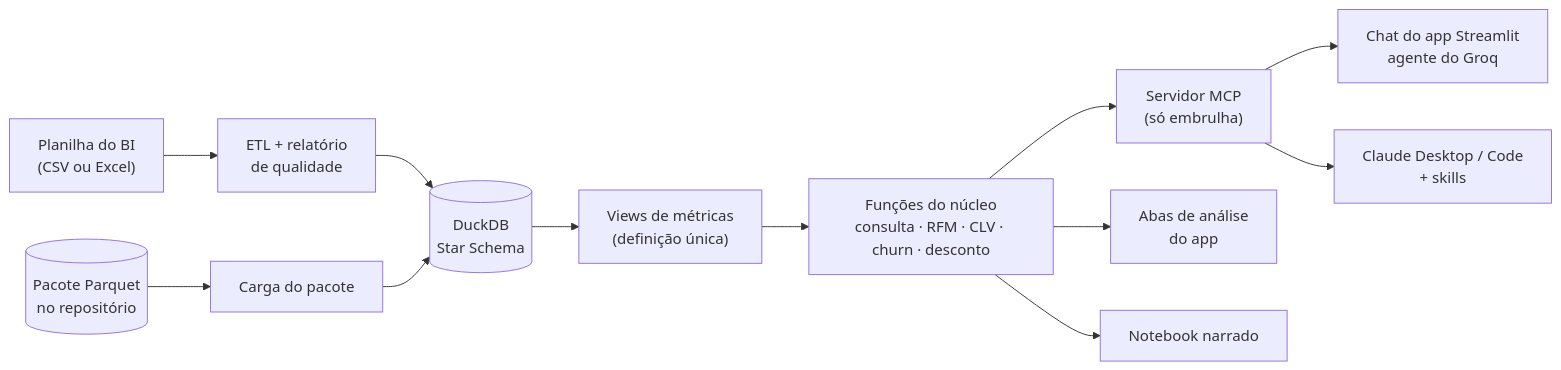
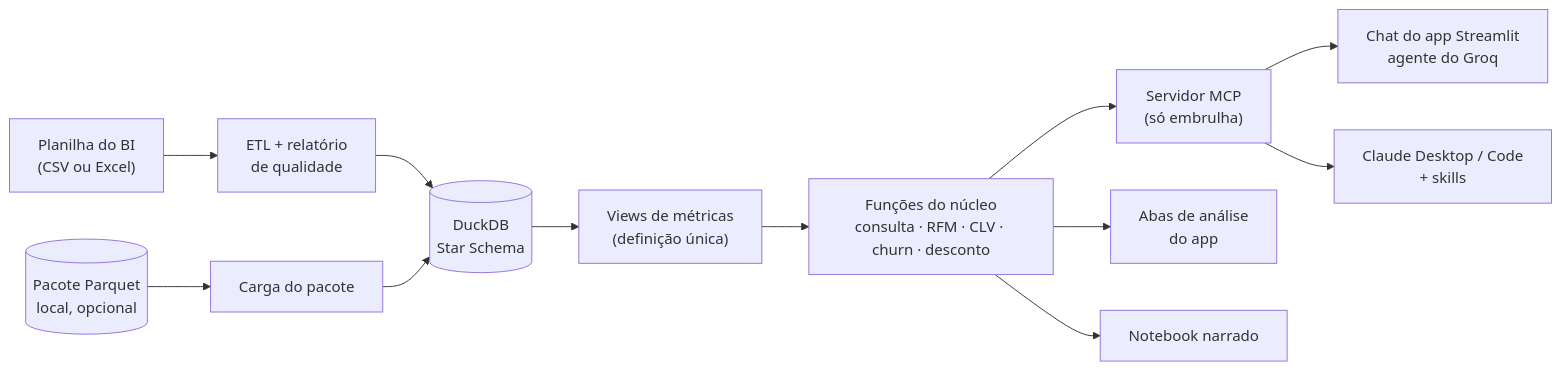
The diagram in README.md (caiosantosho2-dotcom/RAG-retail-commercial-analytics-tool), drawn with Mermaid before and after one commit. The commit also changed other lines of this file and 3 other files, not shown here.

````diff
--- a/README.md
+++ b/README.md
@@ -64,14 +65,14 @@
 ```mermaid
 flowchart LR
     A["Planilha do BI<br/>(CSV ou Excel)"] --> B["ETL + relatório<br/>de qualidade"]
-    P[("Pacote Parquet<br/>no repositório")] --> B2["Carga do pacote"]
+    P[("Pacote Parquet<br/>local, opcional")] --> B2["Carga do pacote"]
     B --> C[("DuckDB<br/>Star Schema")]
     B2 --> C
     C --> D["Views de métricas<br/>(definição única)"]
     D --> E["Funções do núcleo<br/>consulta · RFM · CLV · churn · desconto"]
     E --> F["Servidor MCP<br/>(só embrulha)"]
     F --> G["Chat do app Streamlit<br/>agente do Groq"]
     F --> H["Claude Desktop / Code<br/>+ skills"]
     E --> I["Abas de análise<br/>do app"]
     E --> J["Notebook narrado"]
 ```
````
